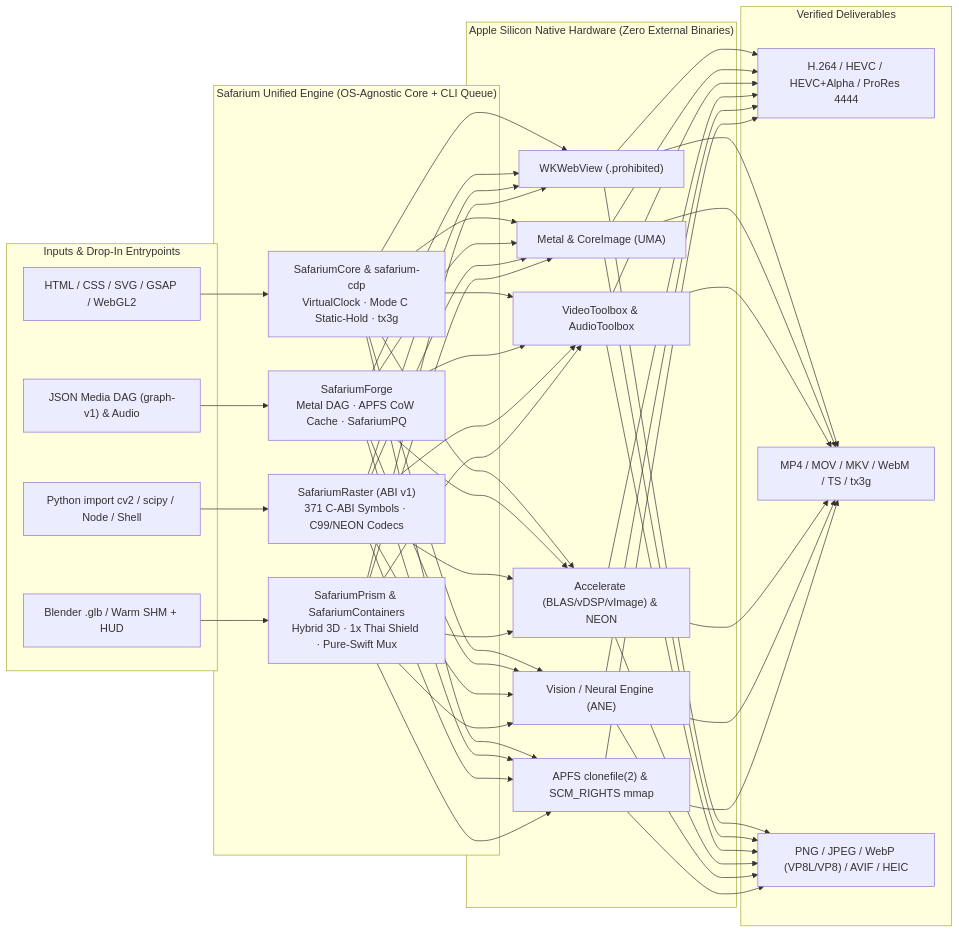
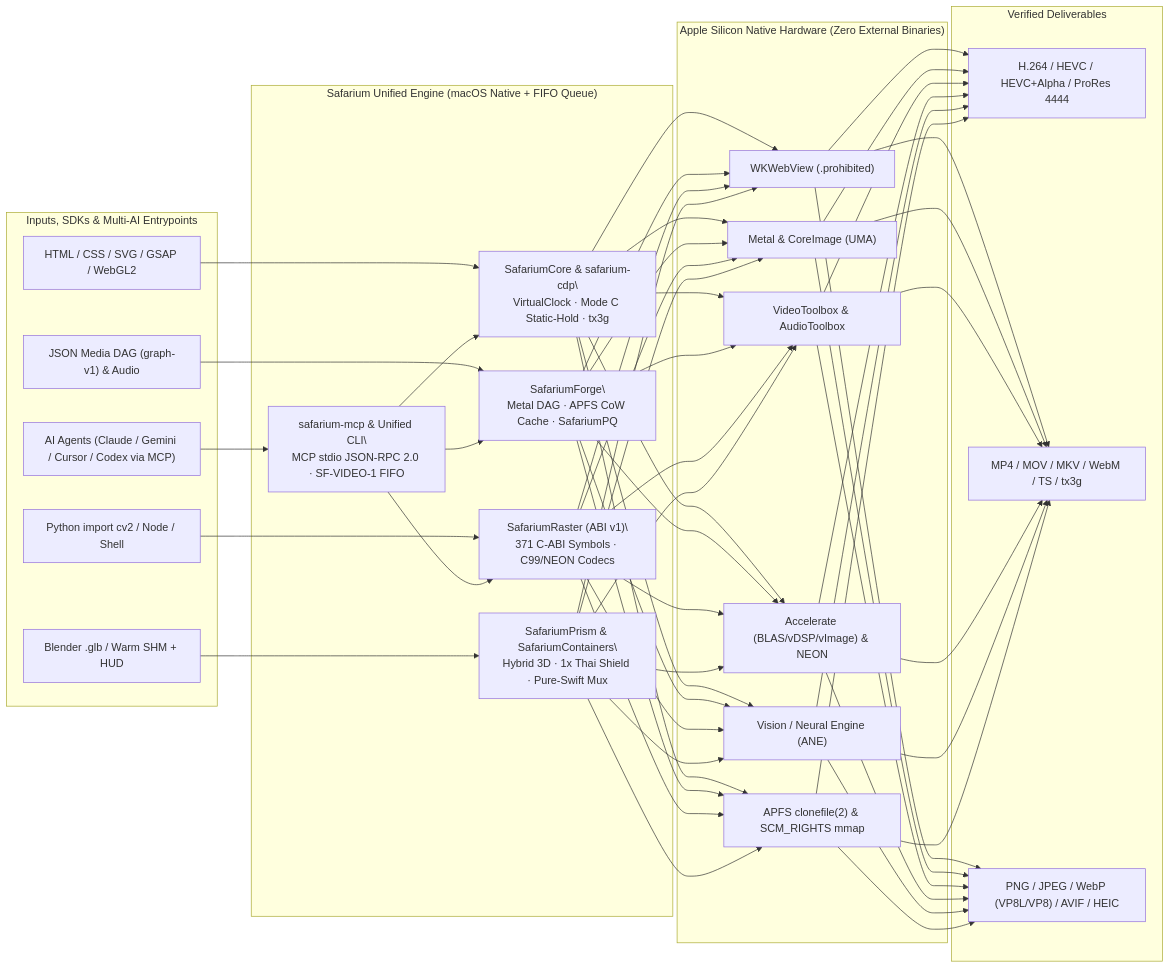
Before and after one commit to sanookai/Safarium: the diagram in README.md, drawn with Mermaid. The commit also changed other lines of this file and 11 other files, not shown here.

Commit message:
feat: 100% macOS Apple Silicon only, safarium-mcp multi-AI server, and 2025-2026 global video encoding R&D

````diff
--- a/README.md
+++ b/README.md
@@ -165,38 +195,41 @@
 ```mermaid
 flowchart LR
-    subgraph Inputs["Inputs & Drop-In Entrypoints"]
+    subgraph Inputs["Inputs, SDKs & Multi-AI Entrypoints"]
         I1["HTML / CSS / SVG / GSAP / WebGL2"]
         I2["JSON Media DAG (graph-v1) & Audio"]
-        I3["Python import cv2 / scipy / Node / Shell"]
+        I3["Python import cv2 / Node / Shell"]
         I4["Blender .glb / Warm SHM + HUD"]
+        I5["AI Agents (Claude / Gemini / Cursor / Codex via MCP)"]
     end
 
-    subgraph Core["Safarium Unified Engine (OS-Agnostic Core + CLI Queue)"]
-        C1["SafariumCore & safarium-cdp\nVirtualClock · Mode C Static-Hold · tx3g"]
-        C2["SafariumForge\nMetal DAG · APFS CoW Cache · SafariumPQ"]
-        C3["SafariumRaster (ABI v1)\n371 C-ABI Symbols · C99/NEON Codecs"]
-        C4["SafariumPrism & SafariumContainers\nHybrid 3D · 1x Thai Shield · Pure-Swift Mux"]
+    subgraph Core["Safarium Unified Engine (macOS Native + FIFO Queue)"]
+        C0["safarium-mcp & Unified CLI\\nMCP stdio JSON-RPC 2.0 · SF-VIDEO-1 FIFO"]
+        C1["SafariumCore & safarium-cdp\\nVirtualClock · Mode C Static-Hold · tx3g"]
+        C2["SafariumForge\\nMetal DAG · APFS CoW Cache · SafariumPQ"]
+        C3["SafariumRaster (ABI v1)\\n371 C-ABI Symbols · C99/NEON Codecs"]
+        C4["SafariumPrism & SafariumContainers\\nHybrid 3D · 1x Thai Shield · Pure-Swift Mux"]
     end
 
     subgraph Apple["Apple Silicon Native Hardware (Zero External Binaries)"]
         A1["WKWebView (.prohibited)"]
         A2["Metal & CoreImage (UMA)"]
         A3["VideoToolbox & AudioToolbox"]
         A4["Accelerate (BLAS/vDSP/vImage) & NEON"]
         A5["Vision / Neural Engine (ANE)"]
         A6["APFS clonefile(2) & SCM_RIGHTS mmap"]
     end
 
     subgraph Outputs["Verified Deliverables"]
         O1["H.264 / HEVC / HEVC+Alpha / ProRes 4444"]
         O2["MP4 / MOV / MKV / WebM / TS / tx3g"]
         O3["PNG / JPEG / WebP (VP8L/VP8) / AVIF / HEIC"]
     end
 
-    I1 --> C1
-    I2 --> C2
-    I3 --> C3
+    I5 --> C0
+    I1 & C0 --> C1
+    I2 & C0 --> C2
+    I3 & C0 --> C3
     I4 --> C4
     C1 & C2 & C3 & C4 --> A1 & A2 & A3 & A4 & A5 & A6
     A1 & A2 & A3 & A4 & A5 & A6 --> O1 & O2 & O3
 ```
````
